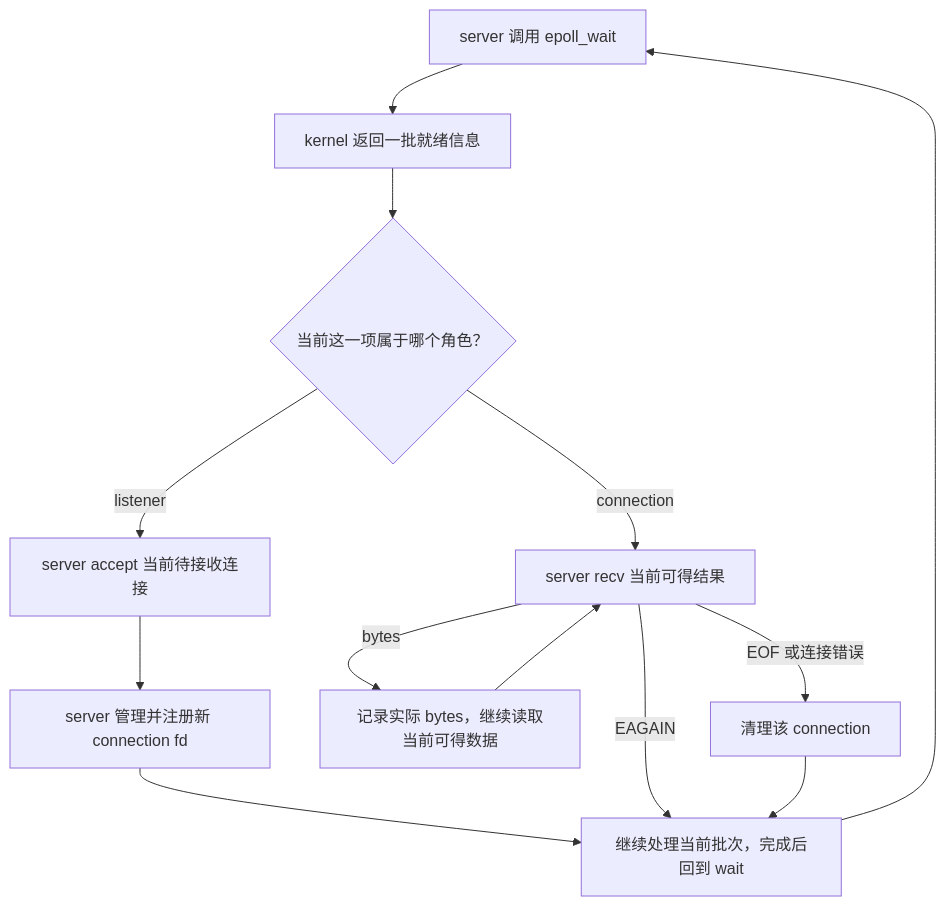
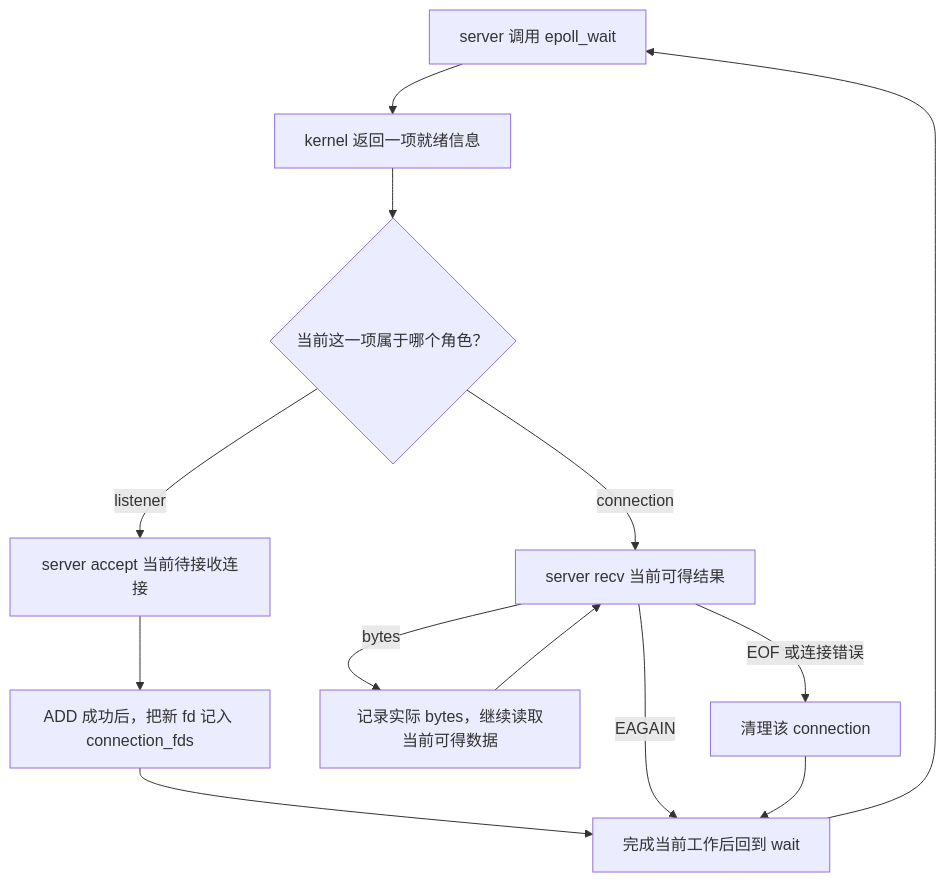
Before and after one commit to FxorG00/system-learning-notes: the first of 2 diagrams in week9/day3/day3.md, drawn with Mermaid. The commit also changed other lines of this file and 4 other files, not shown here.

````diff
--- a/week9/day3/day3.md
+++ b/week9/day3/day3.md
@@ -557,15 +571,15 @@
 ```mermaid
 flowchart TD
-    W["server 调用 epoll_wait"] --> E["kernel 返回一批就绪信息"]
+    W["server 调用 epoll_wait"] --> E["kernel 返回一项就绪信息"]
     E --> K{"当前这一项属于哪个角色？"}
     K -->|listener| A["server accept 当前待接收连接"]
-    A --> R["server 管理并注册新 connection fd"]
-    R --> B["继续处理当前批次，完成后回到 wait"]
+    A --> R["ADD 成功后，把新 fd 记入 connection_fds"]
+    R --> B["完成当前工作后回到 wait"]
     K -->|connection| C["server recv 当前可得结果"]
     C -->|bytes| D["记录实际 bytes，继续读取当前可得数据"]
     D --> C
     C -->|EAGAIN| B
     C -->|EOF 或连接错误| X["清理该 connection"]
     X --> B
     B --> W
 ```
````
